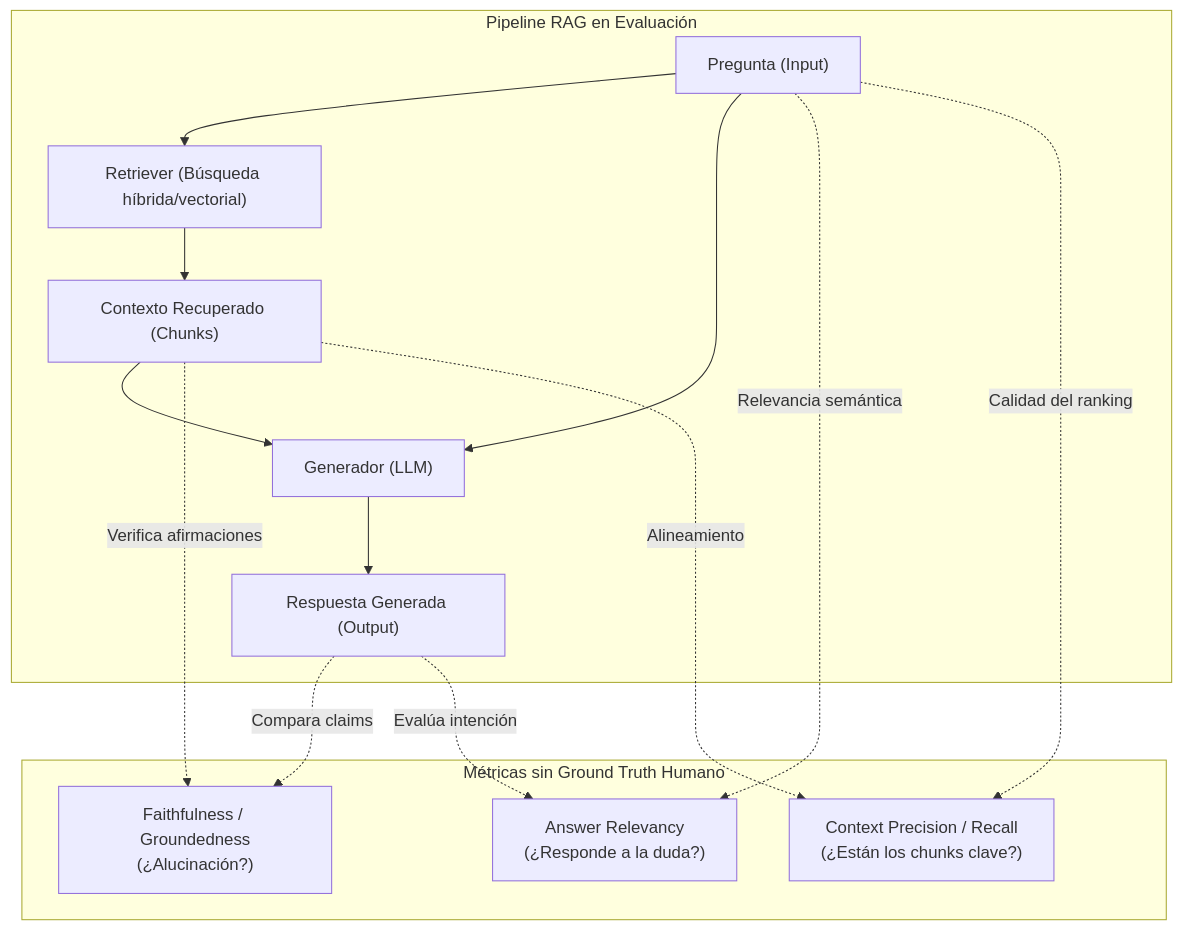
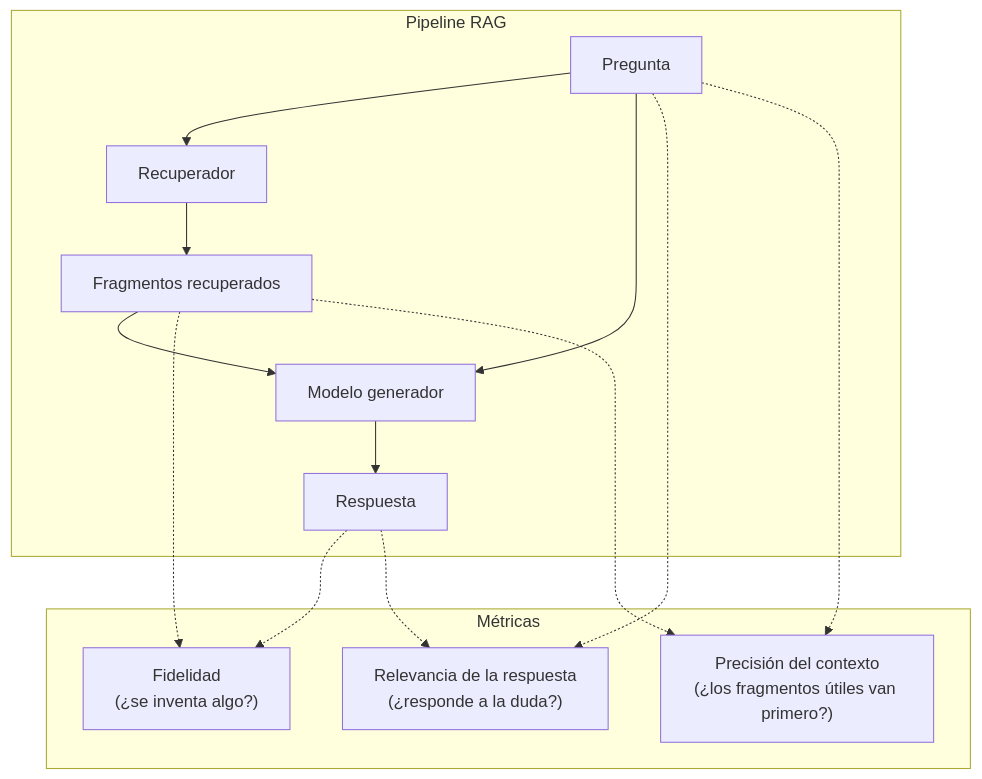
One commit to darioaplicano/darioaplicano.github.io changed the first of 2 diagrams in _posts/2026-10-16-auto-evaluacion-rag-test-sets-sinteticos.md. Above: the diagram before and after it, drawn with Mermaid. The commit also changed other lines of this file and 1 other file, not shown here.

First line of the commit message:
fix(blog): posts de portabilidad y RAG sostenibles en el tiempo

````diff
--- a/_posts/2026-10-16-auto-evaluacion-rag-test-sets-sinteticos.md
+++ b/_posts/2026-10-16-auto-evaluacion-rag-test-sets-sinteticos.md
@@ -41,21 +42,23 @@
 ```mermaid
 flowchart TD
-    subgraph Pipeline["Pipeline RAG en Evaluación"]
-        Q["Pregunta (Input)"] --> R["Retriever (Búsqueda híbrida/vectorial)"]
-        R --> C["Contexto Recuperado (Chunks)"]
-        C --> G["Generador (LLM)"]
+    subgraph Pipeline["Pipeline RAG"]
+        Q["Pregunta"] --> R["Recuperador"]
+        R --> C["Fragmentos recuperados"]
+        C --> G["Modelo generador"]
         Q --> G
-        G --> A["Respuesta Generada (Output)"]
+        G --> A["Respuesta"]
     end
 
-    subgraph Metrics["Métricas sin Ground Truth Humano"]
-        C -.->|Verifica afirmaciones| M1["Faithfulness / Groundedness<br/>(¿Alucinación?)"]
-        A -.->|Compara claims| M1
-        
-        Q -.->|Relevancia semántica| M2["Answer Relevancy<br/>(¿Responde a la duda?)"]
-        A -.->|Evalúa intención| M2
-        
-        Q -.->|Calidad del ranking| M3["Context Precision / Recall<br/>(¿Están los chunks clave?)"]
-        C -.->|Alineamiento| M3
+    subgraph Metricas["Métricas"]
+        M1["Fidelidad<br/>(¿se inventa algo?)"]
+        M2["Relevancia de la respuesta<br/>(¿responde a la duda?)"]
+        M3["Precisión del contexto<br/>(¿los fragmentos útiles van primero?)"]
     end
+
+    C -.-> M1
+    A -.-> M1
+    Q -.-> M2
+    A -.-> M2
+    Q -.-> M3
+    C -.-> M3
 ```
````
